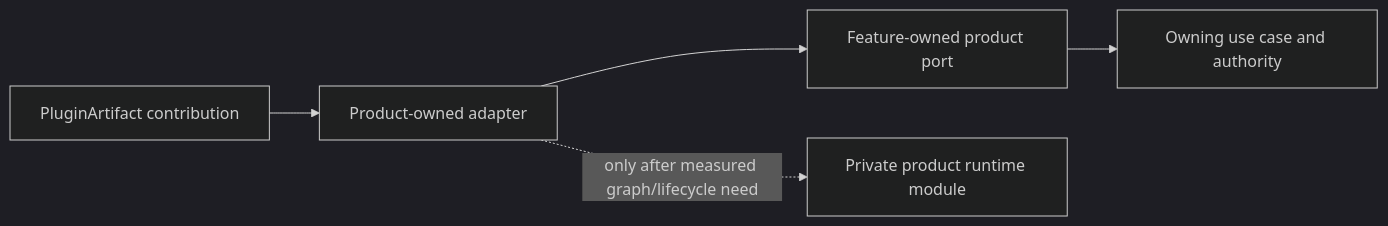
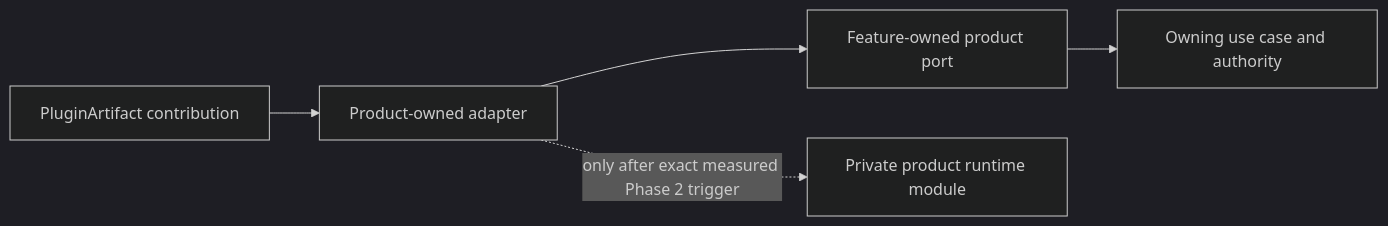
One commit to agent-teams-ai/extension-foundation changed the second of 3 diagrams in docs/qualification/universal-module-extension-system/product-adoption.md. Above: the diagram before and after it, drawn with Mermaid (dark theme). The commit also changed other lines of this file and 25 other files, not shown here.

Commit message:
fix(qualification): close module architecture review gaps

````diff
--- a/docs/qualification/universal-module-extension-system/product-adoption.md
+++ b/docs/qualification/universal-module-extension-system/product-adoption.md
@@ -143,7 +147,7 @@
 ```mermaid
 flowchart LR
     Artifact["PluginArtifact contribution"] --> Adapter["Product-owned adapter"]
     Adapter --> Port["Feature-owned product port"]
     Port --> UseCase["Owning use case and authority"]
-    Adapter -. "only after measured graph/lifecycle need" .-> Runtime["Private product runtime module"]
+    Adapter -. "only after exact measured Phase 2 trigger" .-> Runtime["Private product runtime module"]
 ```
````
